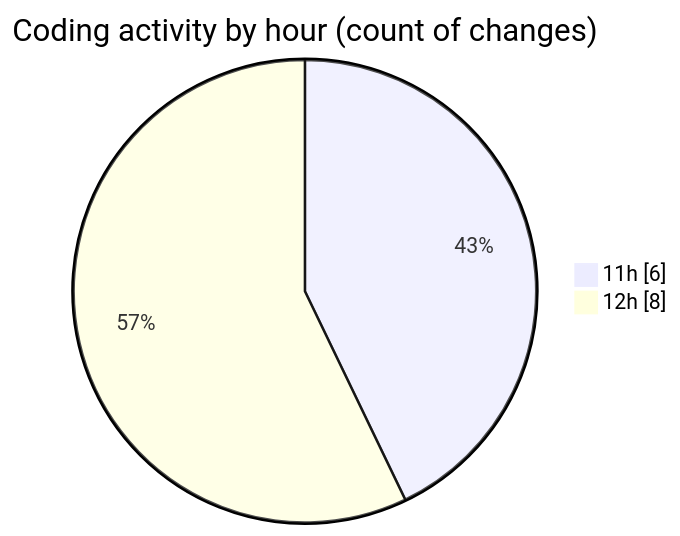
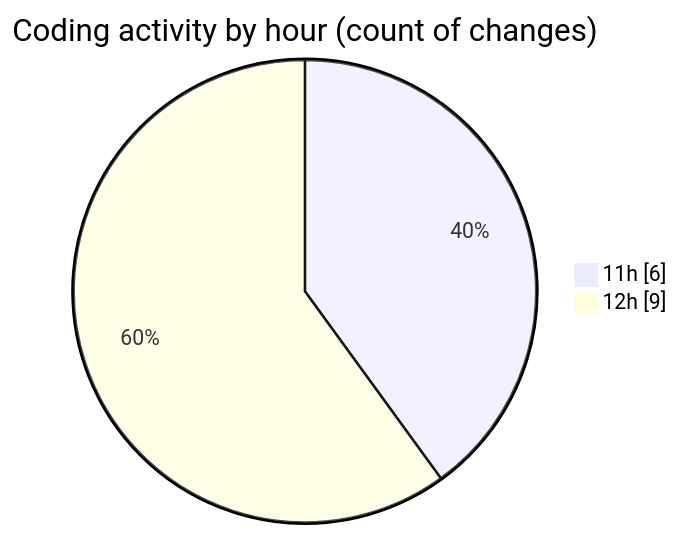
Before and after one commit to momahboobian/code-tracking: the second of 2 diagrams in 2026-10-15/cda/README.md, drawn with Mermaid. The commit also changed other lines of this file and 1 other file, not shown here.

````diff
--- a/2026-10-15/cda/README.md
+++ b/2026-10-15/cda/README.md
@@ -33,6 +35,6 @@
 ```mermaid
 pie showData
 title Coding activity by hour (count of changes)
 "11h" : 6
-"12h" : 8
+"12h" : 9
 ```
````
